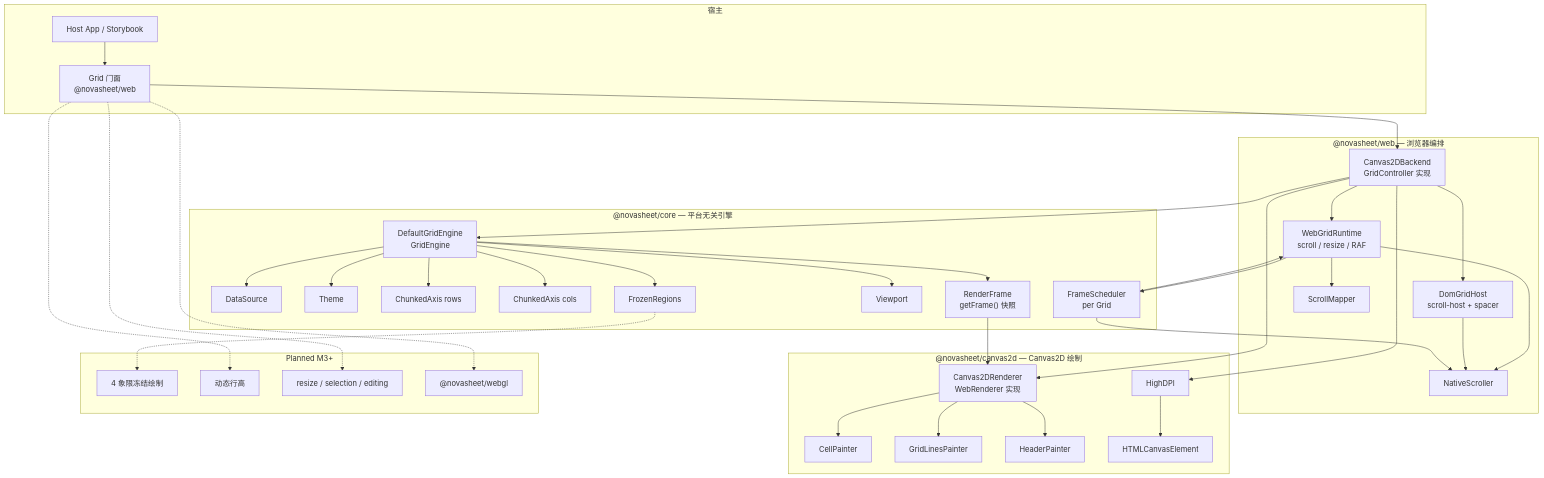
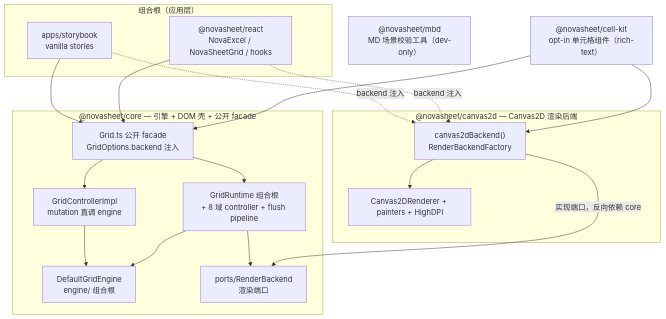
One commit to r1005410078/NovaSheet changed the first of 4 diagrams in docs/architecture.md. Above: the diagram before and after it, drawn with Mermaid. The commit also changed other lines of this file and 4 other files, not shown here.

First line of the commit message:
docs: 对齐根/core README 与 architecture.md 至当前代码结构

````diff
--- a/docs/architecture.md
+++ b/docs/architecture.md
@@ -12,51 +12,36 @@
 ```mermaid
 flowchart TB
-  subgraph HostLayer["宿主"]
-    App["Host App / Storybook"] --> Grid["Grid 门面<br/>@novasheet/web"]
+  subgraph Apps["组合根（应用层）"]
+    SB["apps/storybook<br/>vanilla stories"]
+    React["@novasheet/react<br/>NovaExcel / NovaSheetGrid / hooks"]
   end
 
-  subgraph WebPkg["@novasheet/web — 浏览器编排"]
-    Grid --> Backend["Canvas2DBackend<br/>GridController 实现"]
-    Backend --> Runtime["WebGridRuntime<br/>scroll / resize / RAF"]
-    Backend --> Host["DomGridHost<br/>scroll-host + spacer"]
-    Runtime --> ScrollMapper["ScrollMapper"]
-    Runtime --> NS["NativeScroller"]
-    Host --> NS
+  subgraph CoreP["@novasheet/core — 引擎 + DOM 壳 + 公开 facade"]
+    Grid["Grid.ts 公开 facade<br/>GridOptions.backend 注入"]
+    Ctl["GridControllerImpl<br/>mutation 直调 engine"]
+    RT["GridRuntime 组合根<br/>+ 8 域 controller + flush pipeline"]
+    Engine["DefaultGridEngine<br/>engine/ 组合根"]
+    Port["ports/RenderBackend<br/>渲染端口"]
+    Grid --> Ctl --> Engine
+    Grid --> RT
+    RT --> Engine
+    RT --> Port
   end
 
-  subgraph CanvasPkg["@novasheet/canvas2d — Canvas2D 绘制"]
-    Backend --> Renderer["Canvas2DRenderer<br/>WebRenderer 实现"]
-    Backend --> HighDPI["HighDPI"]
-    Renderer --> CellP["CellPainter"]
-    Renderer --> LineP["GridLinesPainter"]
-    Renderer --> HeadP["HeaderPainter"]
-    HighDPI --> Canvas["HTMLCanvasElement"]
+  subgraph C2D["@novasheet/canvas2d — Canvas2D 渲染后端"]
+    Backend["canvas2dBackend()<br/>RenderBackendFactory"]
+    Renderer["Canvas2DRenderer + painters + HighDPI"]
+    Backend --> Renderer
   end
 
-  subgraph CorePkg["@novasheet/core — 平台无关引擎"]
-    Backend --> Engine["DefaultGridEngine<br/>GridEngine"]
-    Engine --> DS["DataSource"]
-    Engine --> Theme["Theme"]
-    Engine --> Rows["ChunkedAxis rows"]
-    Engine --> Cols["ChunkedAxis cols"]
-    Engine --> Frozen["FrozenRegions"]
-    Engine --> VP["Viewport"]
-    Engine --> Frame["RenderFrame<br/>getFrame() 快照"]
-    Frame --> Renderer
-    Runtime --> Scheduler["FrameScheduler<br/>per Grid"]
-    Scheduler --> Runtime
-    Scheduler --> NS
-  end
+  CellKit["@novasheet/cell-kit<br/>opt-in 单元格组件（rich-text）"]
+  MBD["@novasheet/mbd<br/>MD 场景校验工具（dev-only）"]
 
-  subgraph Future["Planned M3+"]
-    FrozenM3["4 象限冻结绘制"]
-    DynamicH["动态行高"]
-    Interaction["resize / selection / editing"]
-    WebGL["@novasheet/webgl"]
-  end
-
-  Frozen -.-> FrozenM3
-  Grid -.-> DynamicH
-  Grid -.-> Interaction
-  Grid -.-> WebGL
+  SB --> Grid
+  React --> Grid
+  SB -.->|"backend 注入"| Backend
+  React -.->|"backend 注入"| Backend
+  Backend -->|"实现端口，反向依赖 core"| Port
+  CellKit --> Grid
+  CellKit --> Backend
 ```
````
